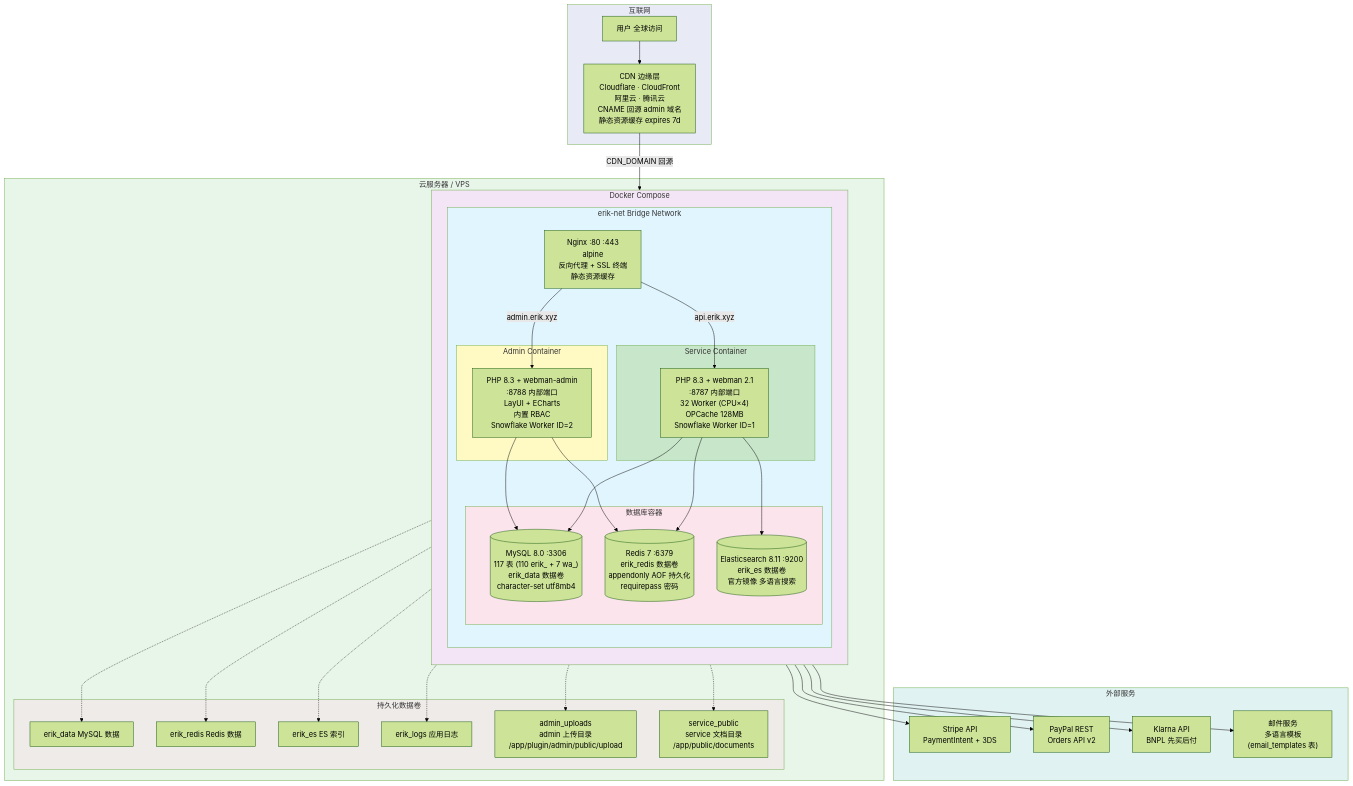
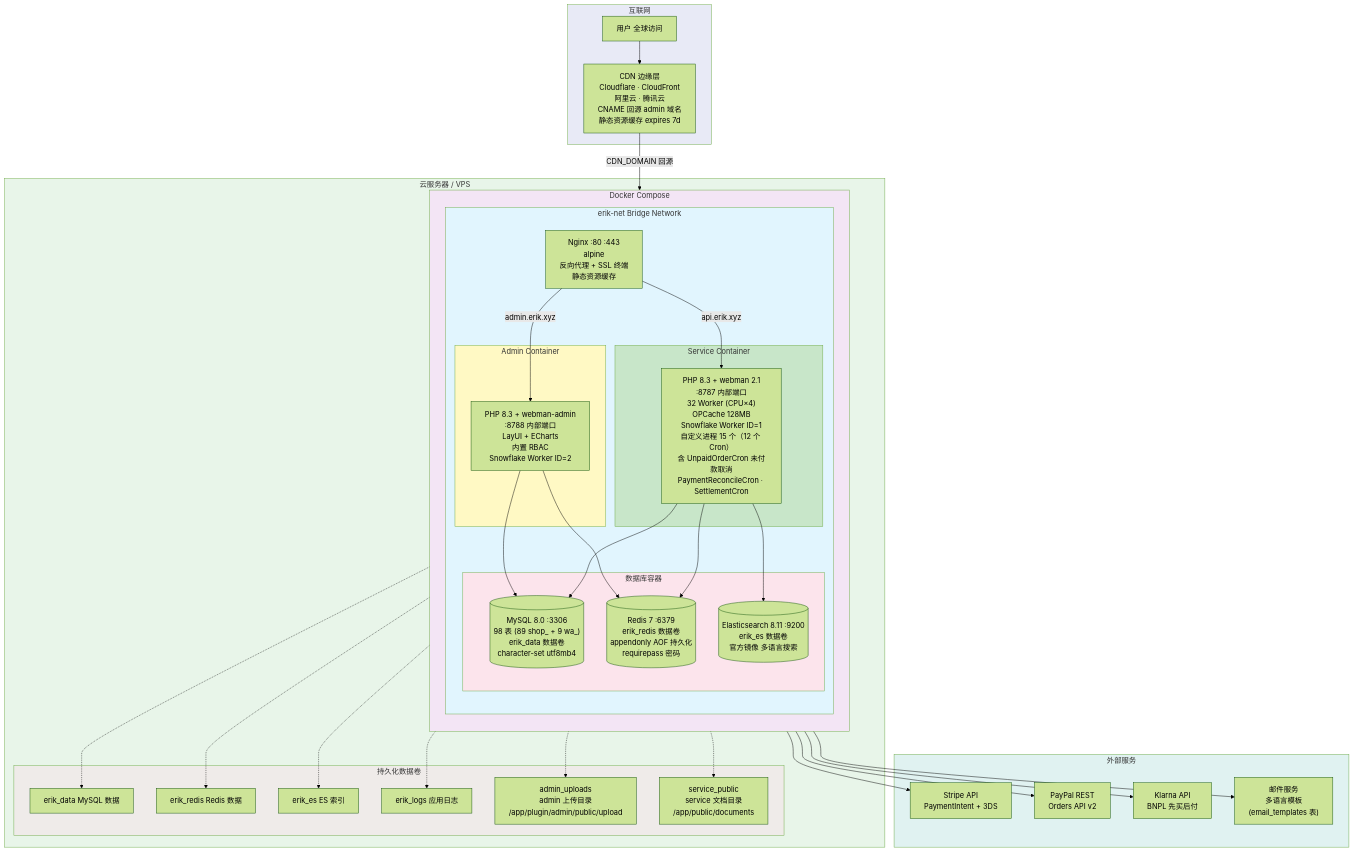
Before and after one commit to erikwang2013/erik-shop: the diagram in docs/06-deployment-architecture.mmd, drawn with Mermaid (forest theme). The commit also changed 15 other files, not shown here.

First line of the commit message:
docs: 重新渲染 8 张架构图与流程图 SVG

```diff
--- a/docs/06-deployment-architecture.mmd
+++ b/docs/06-deployment-architecture.mmd
@@ -1,77 +1,77 @@
 graph TB
     subgraph Internet["互联网"]
         User["用户 全球访问"]
         CDN["CDN 边缘层<br/>Cloudflare · CloudFront<br/>阿里云 · 腾讯云<br/>CNAME 回源 admin 域名<br/>静态资源缓存 expires 7d"]
     end
 
     subgraph VPS["云服务器 / VPS"]
         subgraph Docker["Docker Compose"]
             direction TB
 
             subgraph Net["erik-net Bridge Network"]
                 direction TB
 
                 NGX["Nginx :80 :443<br/>alpine<br/>反向代理 + SSL 终端<br/>静态资源缓存"]
 
                 subgraph PHP_Service["Service Container"]
-                    SVC["PHP 8.3 + webman 2.1<br/>:8787 内部端口<br/>32 Worker (CPU×4)<br/>OPCache 128MB<br/>Snowflake Worker ID=1"]
+                    SVC["PHP 8.3 + webman 2.1<br/>:8787 内部端口<br/>32 Worker (CPU×4)<br/>OPCache 128MB<br/>Snowflake Worker ID=1<br/>自定义进程 15 个（12 个 Cron）<br/>含 UnpaidOrderCron 未付款取消<br/>PaymentReconcileCron · SettlementCron"]
                 end
 
                 subgraph PHP_Admin["Admin Container"]
                     ADM["PHP 8.3 + webman-admin<br/>:8788 内部端口<br/>LayUI + ECharts<br/>内置 RBAC<br/>Snowflake Worker ID=2"]
                 end
 
                 subgraph DB["数据库容器"]
-                    MYSQL[("MySQL 8.0 :3306<br/>117 表 (110 erik_ + 7 wa_)<br/>erik_data 数据卷<br/>character-set utf8mb4")]
+                    MYSQL[("MySQL 8.0 :3306<br/>98 表 (89 shop_ + 9 wa_)<br/>erik_data 数据卷<br/>character-set utf8mb4")]
                     REDIS[("Redis 7 :6379<br/>erik_redis 数据卷<br/>appendonly AOF 持久化<br/>requirepass 密码")]
                     ES[("Elasticsearch 8.11 :9200<br/>erik_es 数据卷<br/>官方镜像 多语言搜索")]
                 end
             end
         end
 
         subgraph Volumes["持久化数据卷"]
             V1["erik_data MySQL 数据"]
             V2["erik_redis Redis 数据"]
             V3["erik_es ES 索引"]
             V4["erik_logs 应用日志"]
             V5["admin_uploads<br/>admin 上传目录<br/>/app/plugin/admin/public/upload"]
             V6["service_public<br/>service 文档目录<br/>/app/public/documents"]
         end
     end
 
     subgraph External["外部服务"]
         Stripe["Stripe API<br/>PaymentIntent + 3DS"]
         PayPal["PayPal REST<br/>Orders API v2"]
         Klarna["Klarna API<br/>BNPL 先买后付"]
         SMTP["邮件服务<br/>多语言模板<br/>(email_templates 表)"]
     end
 
     User --> CDN
     CDN -->|CDN_DOMAIN 回源| NGX
     NGX -->|api.erik.xyz| SVC
     NGX -->|admin.erik.xyz| ADM
     SVC --> MYSQL
     SVC --> REDIS
     SVC --> ES
     SVC --> Stripe
     SVC --> PayPal
     SVC --> Klarna
     SVC --> SMTP
     ADM --> MYSQL
     ADM --> REDIS
     MYSQL -.-> V1
     REDIS -.-> V2
     ES -.-> V3
     SVC -.-> V4
     SVC -.-> V6
     ADM -.-> V5
 
     style Internet fill:#e8eaf6
     style VPS fill:#e8f5e9
     style Docker fill:#f3e5f5
     style Net fill:#e1f5fe
     style PHP_Service fill:#c8e6c9
     style PHP_Admin fill:#fff9c4
     style DB fill:#fce4ec
     style Volumes fill:#efebe9
     style External fill:#e0f2f1
```
